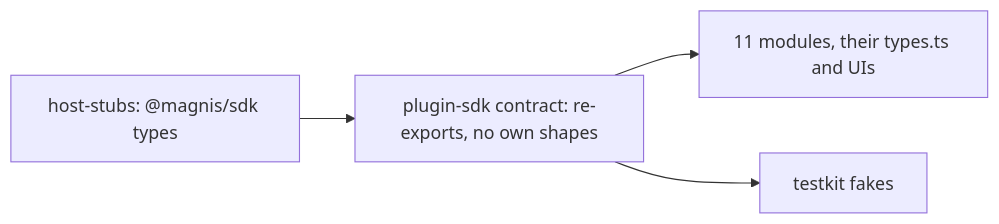
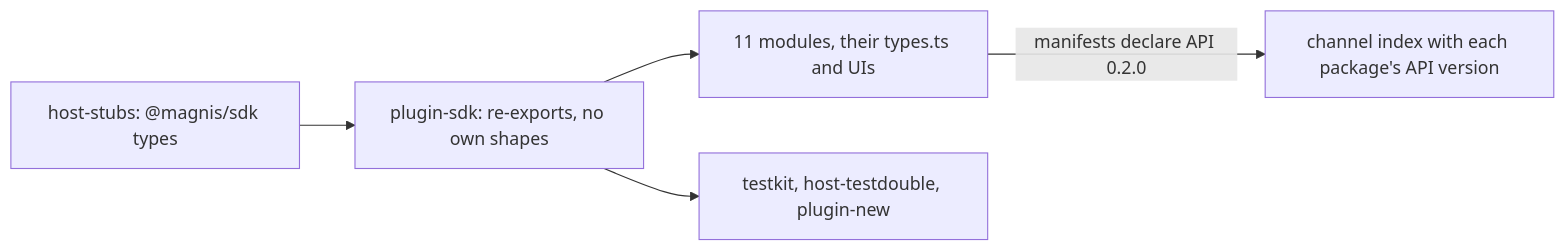
Before and after one commit to 0xmikko/magnis: the diagram in docs/plans/entity-one-type.md, drawn with Mermaid. The commit also changed other lines of this file, not shown here.

Commit message:
plan(entity-one-type): catalog SPEC extended — no mirror anywhere, API 0.2.0

````diff
--- a/docs/plans/entity-one-type.md
+++ b/docs/plans/entity-one-type.md
@@ -24,6 +36,7 @@
 ```mermaid
 flowchart LR
-    STUBS["host-stubs: @magnis/sdk types"] --> PSDK[plugin-sdk contract: re-exports, no own shapes]
+    STUBS["host-stubs: @magnis/sdk types"] --> PSDK[plugin-sdk: re-exports, no own shapes]
     PSDK --> MODS[11 modules, their types.ts and UIs]
-    PSDK --> TK[testkit fakes]
+    PSDK --> TK[testkit, host-testdouble, plugin-new]
+    MODS -->|manifests declare API 0.2.0| IDX[channel index with each package's API version]
 ```
````
